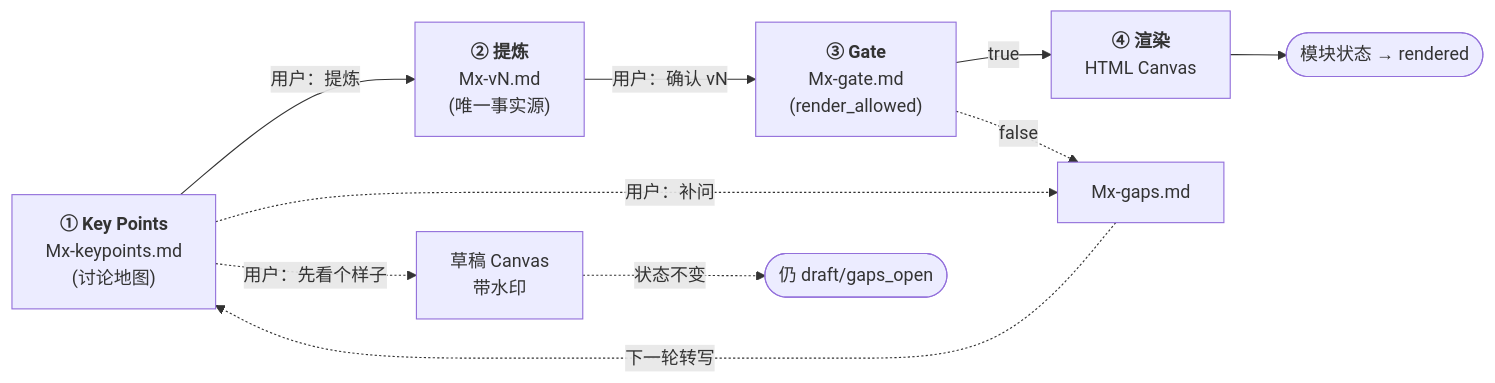
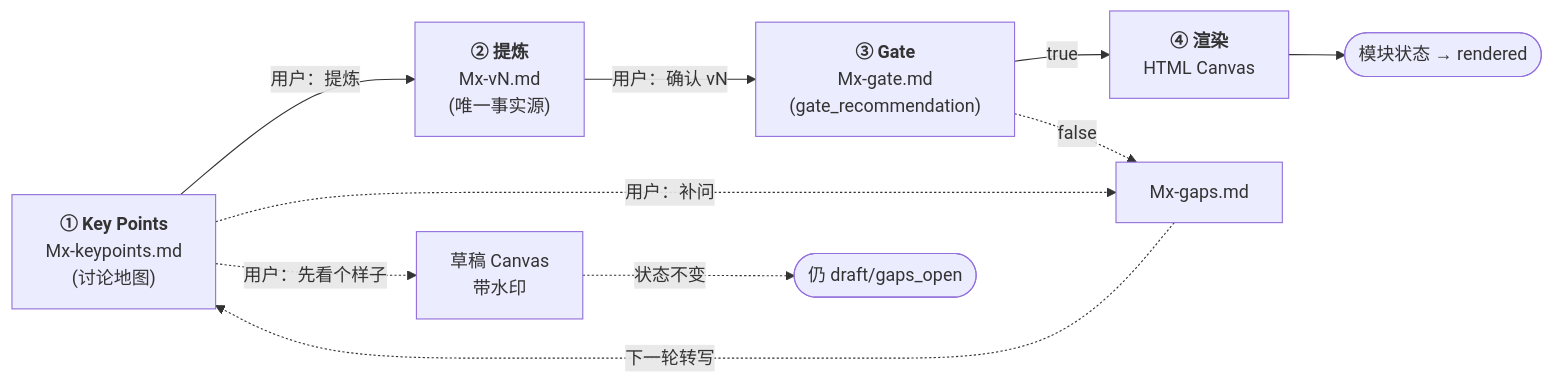
Before and after one commit to wanghongbj321-code/pratyaya: the third of 9 diagrams in docs/MVL-整体架构设计.md, drawn with Mermaid. The commit also changed other lines of this file and 7 other files, not shown here.

````diff
--- a/docs/MVL-整体架构设计.md
+++ b/docs/MVL-整体架构设计.md
@@ -166,17 +166,17 @@
 ```mermaid
 flowchart LR
     A["<b>① Key Points</b><br/>Mx-keypoints.md<br/>(讨论地图)"]
     B["<b>② 提炼</b><br/>Mx-vN.md<br/>(唯一事实源)"]
-    C["<b>③ Gate</b><br/>Mx-gate.md<br/>(render_allowed)"]
+    C["<b>③ Gate</b><br/>Mx-gate.md<br/>(gate_recommendation)"]
     D["<b>④ 渲染</b><br/>HTML Canvas"]
 
     A -->|用户：提炼| B
     A -.->|用户：补问| A2[Mx-gaps.md]
     A2 -.->|下一轮转写| A
     A -.->|用户：先看个样子| D1[草稿 Canvas<br/>带水印]
     B -->|用户：确认 vN| C
     C -->|true| D
     C -.->|false| A2
     D --> E([模块状态 → rendered])
     D1 -.->|状态不变| E1([仍 draft/gaps_open])
 ```
````
